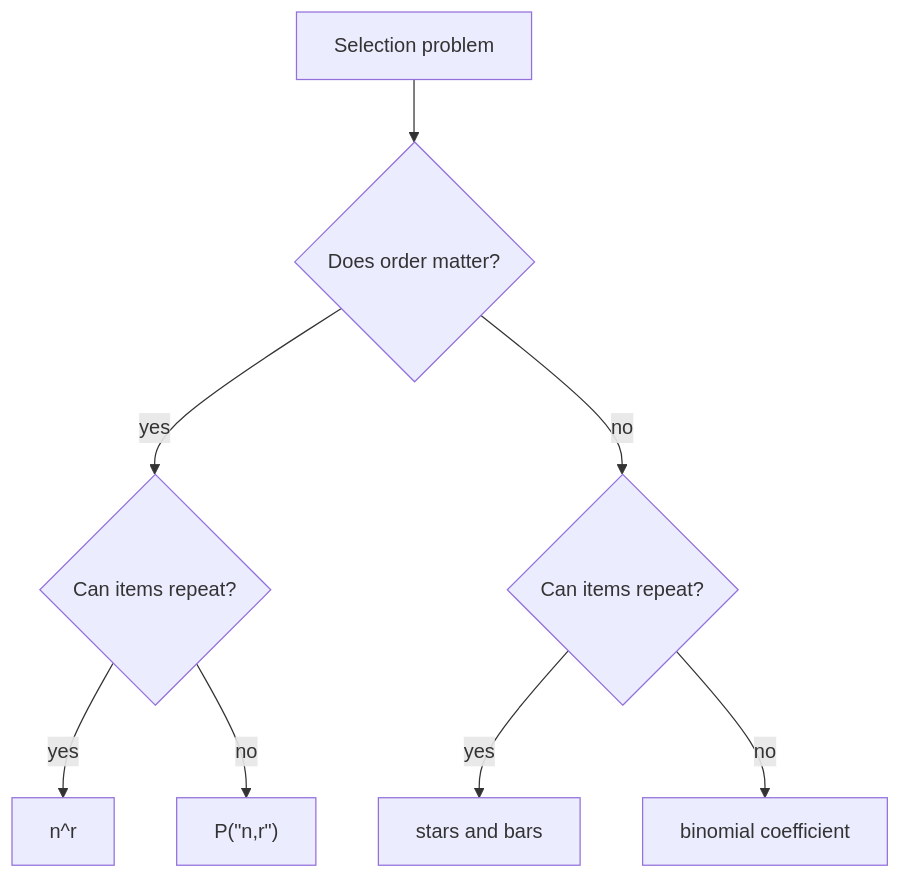
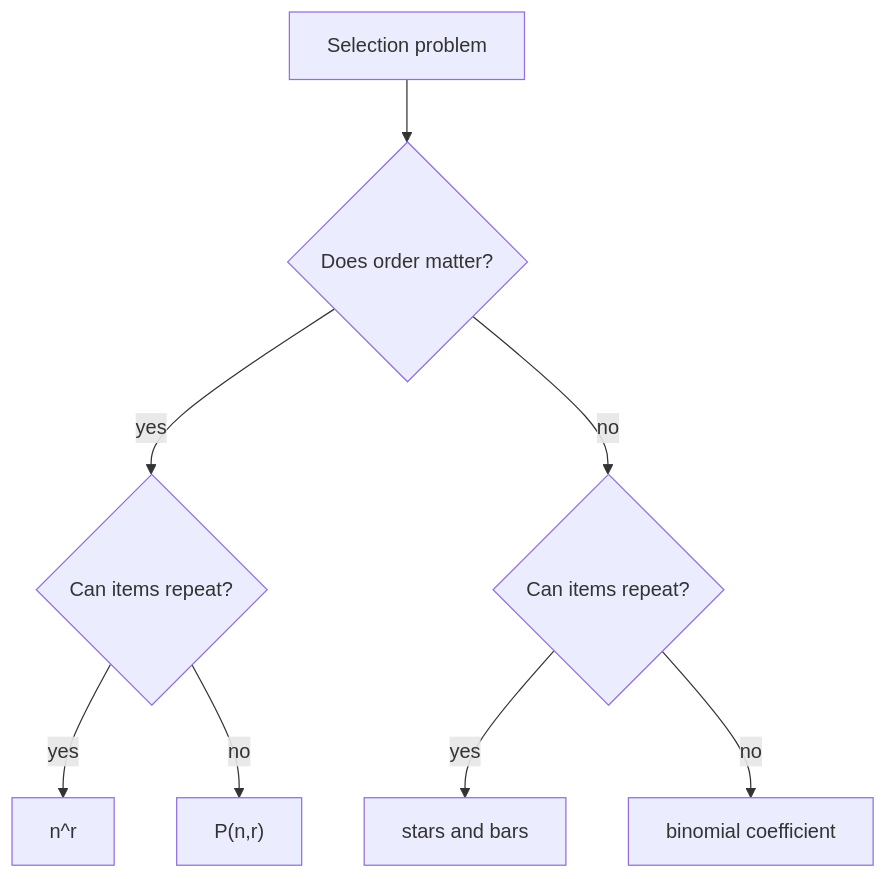
Before and after one commit to justinbrianhwang/SJ-wiki: the diagram in docs/math/discrete/permutations-and-combinations.md, drawn with Mermaid. The commit also changed 83 other files, not shown here.

Commit message:
Fix Mermaid #quot; artifacts from broken sanitizer + add fix-mermaid-broken-quot.py tool (77 files repaired)

````diff
--- a/docs/math/discrete/permutations-and-combinations.md
+++ b/docs/math/discrete/permutations-and-combinations.md
@@ -105,10 +105,10 @@
 ```mermaid
 flowchart TD
   A[Selection problem] --> B{"Does order matter?"}
   B -->|yes| C{"Can items repeat?"}
   C -->|yes| D[n^r]
-  C -->|no| E["P(#quot;n,r#quot;)"]
+  C -->|no| E["P(n,r)"]
   B -->|no| F{"Can items repeat?"}
   F -->|yes| G[stars and bars]
   F -->|no| H[binomial coefficient]
 ```
````
